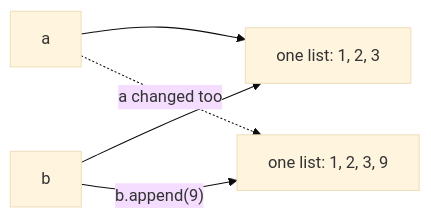
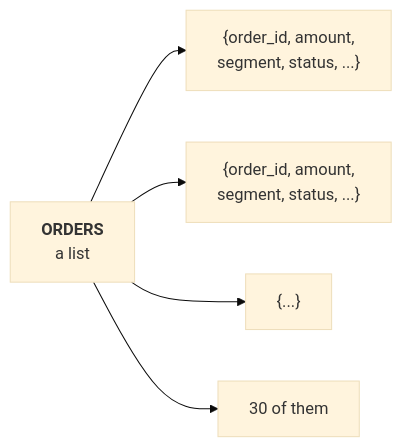
The first of 5 diagrams in content/W01/D1/slides/C2_W01_D01_half2_STUDENT.md (fde-academy-lab/c2-content-factory), drawn with Mermaid (base theme) before and after one commit. The commit also changed other lines of this file and 201 other files, not shown here.

````diff
--- a/content/W01/D1/slides/C2_W01_D01_half2_STUDENT.md
+++ b/content/W01/D1/slides/C2_W01_D01_half2_STUDENT.md
@@ -248,7 +32,7 @@
 ```mermaid
 flowchart LR
-    A["a"] --> L["one list: 1, 2, 3"]
-    B["b"] --> L
-    B -->|"b.append(9)"| L2["one list: 1, 2, 3, 9"]
-    A -.->|"a changed too"| L2
+    L["<b>ORDERS</b><br/>a list"] --> A["{order_id, amount,<br/>segment, status, ...}"]
+    L --> B["{order_id, amount,<br/>segment, status, ...}"]
+    L --> C["{...}"]
+    L --> D["30 of them"]
 ```
````
